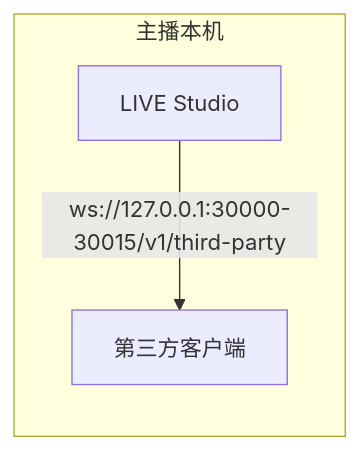
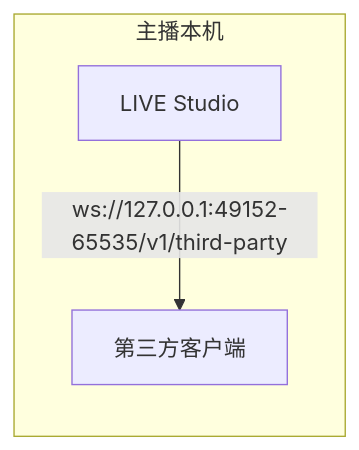
Before and after one commit to liangpeiran-bit/tiktok-live-studio-local-data-access: the first of 2 diagrams in docs/zh/guide/architecture.md, drawn with Mermaid. The commit also changed other lines of this file and 18 other files, not shown here.

````diff
--- a/docs/zh/guide/architecture.md
+++ b/docs/zh/guide/architecture.md
@@ -7,9 +7,9 @@
 ```mermaid
 flowchart LR
   subgraph CreatorMachine[主播本机]
     Studio[LIVE Studio]
     Client[第三方客户端]
   end
 
-  Studio -->|"ws://127.0.0.1:30000-30015/v1/third-party"| Client
+  Studio -->|"ws://127.0.0.1:49152-65535/v1/third-party"| Client
 ```
````
